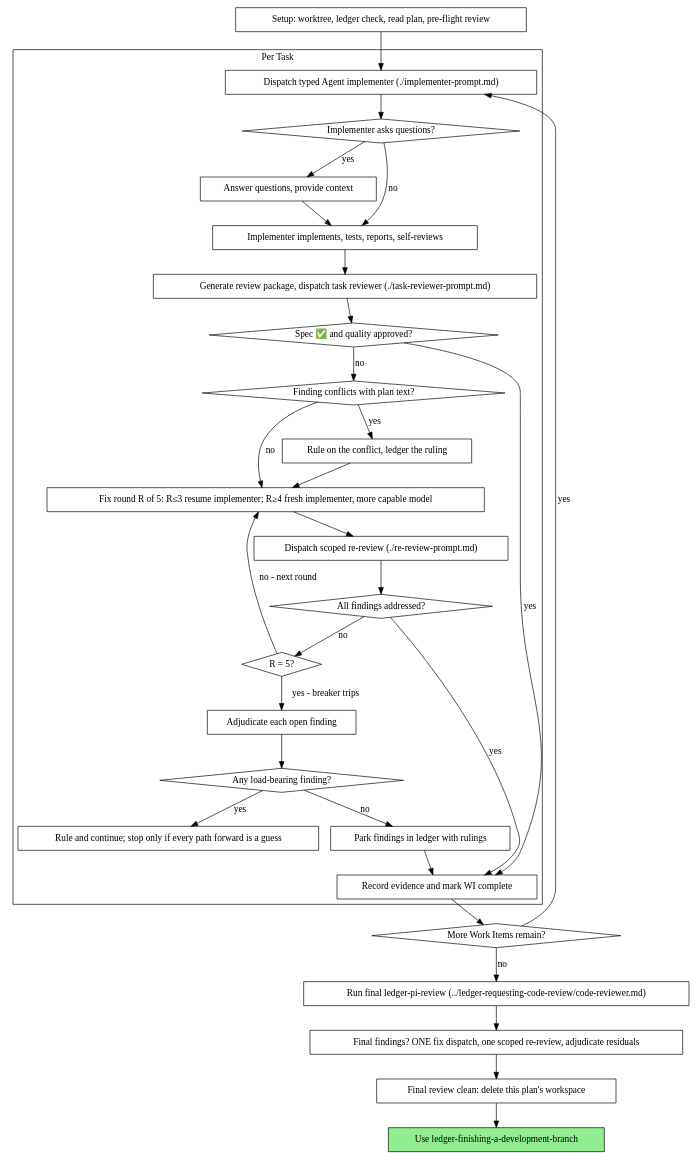
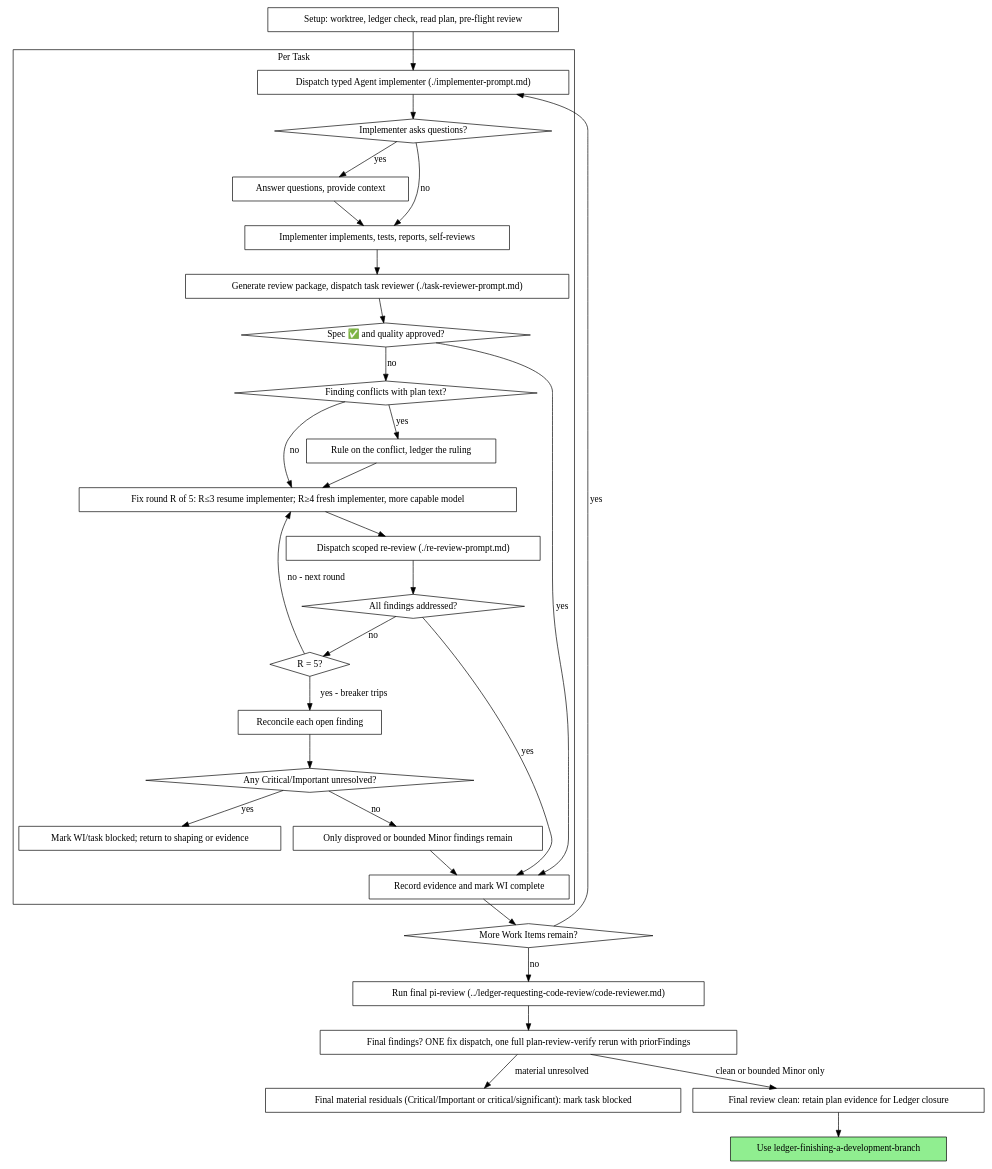
The second of 2 diagrams in skills/ledger-subagent-driven-development/SKILL.md (z3z1ma/apple-pi), drawn with Graphviz before and after one commit. The commit also changed other lines of this file and 71 other files, not shown here.

````diff
--- a/skills/ledger-subagent-driven-development/SKILL.md
+++ b/skills/ledger-subagent-driven-development/SKILL.md
@@ -54,62 +54,64 @@
 ```dot
 digraph process {
     rankdir=TB;
 
     subgraph cluster_per_task {
         label="Per Task";
         "Dispatch typed Agent implementer (./implementer-prompt.md)" [shape=box];
         "Implementer asks questions?" [shape=diamond];
         "Answer questions, provide context" [shape=box];
         "Implementer implements, tests, reports, self-reviews" [shape=box];
         "Generate review package, dispatch task reviewer (./task-reviewer-prompt.md)" [shape=box];
         "Spec ✅ and quality approved?" [shape=diamond];
         "Finding conflicts with plan text?" [shape=diamond];
         "Rule on the conflict, ledger the ruling" [shape=box];
         "Fix round R of 5: R≤3 resume implementer; R≥4 fresh implementer, more capable model" [shape=box];
         "Dispatch scoped re-review (./re-review-prompt.md)" [shape=box];
         "All findings addressed?" [shape=diamond];
         "R = 5?" [shape=diamond];
-        "Adjudicate each open finding" [shape=box];
-        "Any load-bearing finding?" [shape=diamond];
-        "Rule and continue; stop only if every path forward is a guess" [shape=box];
-        "Park findings in ledger with rulings" [shape=box];
+        "Reconcile each open finding" [shape=box];
+        "Any Critical/Important unresolved?" [shape=diamond];
+        "Mark WI/task blocked; return to shaping or evidence" [shape=box];
+        "Only disproved or bounded Minor findings remain" [shape=box];
         "Record evidence and mark WI complete" [shape=box];
     }
 
     "Setup: worktree, ledger check, read plan, pre-flight review" [shape=box];
     "More Work Items remain?" [shape=diamond];
-    "Run final ledger-pi-review (../ledger-requesting-code-review/code-reviewer.md)" [shape=box];
-    "Final findings? ONE fix dispatch, one scoped re-review, adjudicate residuals" [shape=box];
-    "Final review clean: delete this plan's workspace" [shape=box];
+    "Run final pi-review (../ledger-requesting-code-review/code-reviewer.md)" [shape=box];
+    "Final findings? ONE fix dispatch, one full plan-review-verify rerun with priorFindings" [shape=box];
+    "Final material residuals (Critical/Important or critical/significant): mark task blocked" [shape=box];
+    "Final review clean: retain plan evidence for Ledger closure" [shape=box];
     "Use ledger-finishing-a-development-branch" [shape=box style=filled fillcolor=lightgreen];
 
     "Setup: worktree, ledger check, read plan, pre-flight review" -> "Dispatch typed Agent implementer (./implementer-prompt.md)";
     "Dispatch typed Agent implementer (./implementer-prompt.md)" -> "Implementer asks questions?";
     "Implementer asks questions?" -> "Answer questions, provide context" [label="yes"];
     "Answer questions, provide context" -> "Implementer implements, tests, reports, self-reviews";
     "Implementer asks questions?" -> "Implementer implements, tests, reports, self-reviews" [label="no"];
     "Implementer implements, tests, reports, self-reviews" -> "Generate review package, dispatch task reviewer (./task-reviewer-prompt.md)";
     "Generate review package, dispatch task reviewer (./task-reviewer-prompt.md)" -> "Spec ✅ and quality approved?";
     "Spec ✅ and quality approved?" -> "Record evidence and mark WI complete" [label="yes"];
     "Spec ✅ and quality approved?" -> "Finding conflicts with plan text?" [label="no"];
     "Finding conflicts with plan text?" -> "Rule on the conflict, ledger the ruling" [label="yes"];
     "Rule on the conflict, ledger the ruling" -> "Fix round R of 5: R≤3 resume implementer; R≥4 fresh implementer, more capable model";
     "Finding conflicts with plan text?" -> "Fix round R of 5: R≤3 resume implementer; R≥4 fresh implementer, more capable model" [label="no"];
     "Fix round R of 5: R≤3 resume implementer; R≥4 fresh implementer, more capable model" -> "Dispatch scoped re-review (./re-review-prompt.md)";
     "Dispatch scoped re-review (./re-review-prompt.md)" -> "All findings addressed?";
     "All findings addressed?" -> "Record evidence and mark WI complete" [label="yes"];
     "All findings addressed?" -> "R = 5?" [label="no"];
     "R = 5?" -> "Fix round R of 5: R≤3 resume implementer; R≥4 fresh implementer, more capable model" [label="no - next round"];
-    "R = 5?" -> "Adjudicate each open finding" [label="yes - breaker trips"];
-    "Adjudicate each open finding" -> "Any load-bearing finding?";
-    "Any load-bearing finding?" -> "Rule and continue; stop only if every path forward is a guess" [label="yes"];
-    "Any load-bearing finding?" -> "Park findings in ledger with rulings" [label="no"];
-    "Park findings in ledger with rulings" -> "Record evidence and mark WI complete";
+    "R = 5?" -> "Reconcile each open finding" [label="yes - breaker trips"];
+    "Reconcile each open finding" -> "Any Critical/Important unresolved?";
+    "Any Critical/Important unresolved?" -> "Mark WI/task blocked; return to shaping or evidence" [label="yes"];
+    "Any Critical/Important unresolved?" -> "Only disproved or bounded Minor findings remain" [label="no"];
+    "Only disproved or bounded Minor findings remain" -> "Record evidence and mark WI complete";
     "Record evidence and mark WI complete" -> "More Work Items remain?";
     "More Work Items remain?" -> "Dispatch typed Agent implementer (./implementer-prompt.md)" [label="yes"];
-    "More Work Items remain?" -> "Run final ledger-pi-review (../ledger-requesting-code-review/code-reviewer.md)" [label="no"];
-    "Run final ledger-pi-review (../ledger-requesting-code-review/code-reviewer.md)" -> "Final findings? ONE fix dispatch, one scoped re-review, adjudicate residuals";
-    "Final findings? ONE fix dispatch, one scoped re-review, adjudicate residuals" -> "Final review clean: delete this plan's workspace";
-    "Final review clean: delete this plan's workspace" -> "Use ledger-finishing-a-development-branch";
+    "More Work Items remain?" -> "Run final pi-review (../ledger-requesting-code-review/code-reviewer.md)" [label="no"];
+    "Run final pi-review (../ledger-requesting-code-review/code-reviewer.md)" -> "Final findings? ONE fix dispatch, one full plan-review-verify rerun with priorFindings";
+    "Final findings? ONE fix dispatch, one full plan-review-verify rerun with priorFindings" -> "Final material residuals (Critical/Important or critical/significant): mark task blocked" [label="material unresolved"];
+    "Final findings? ONE fix dispatch, one full plan-review-verify rerun with priorFindings" -> "Final review clean: retain plan evidence for Ledger closure" [label="clean or bounded Minor only"];
+    "Final review clean: retain plan evidence for Ledger closure" -> "Use ledger-finishing-a-development-branch";
 }
 ```
````
